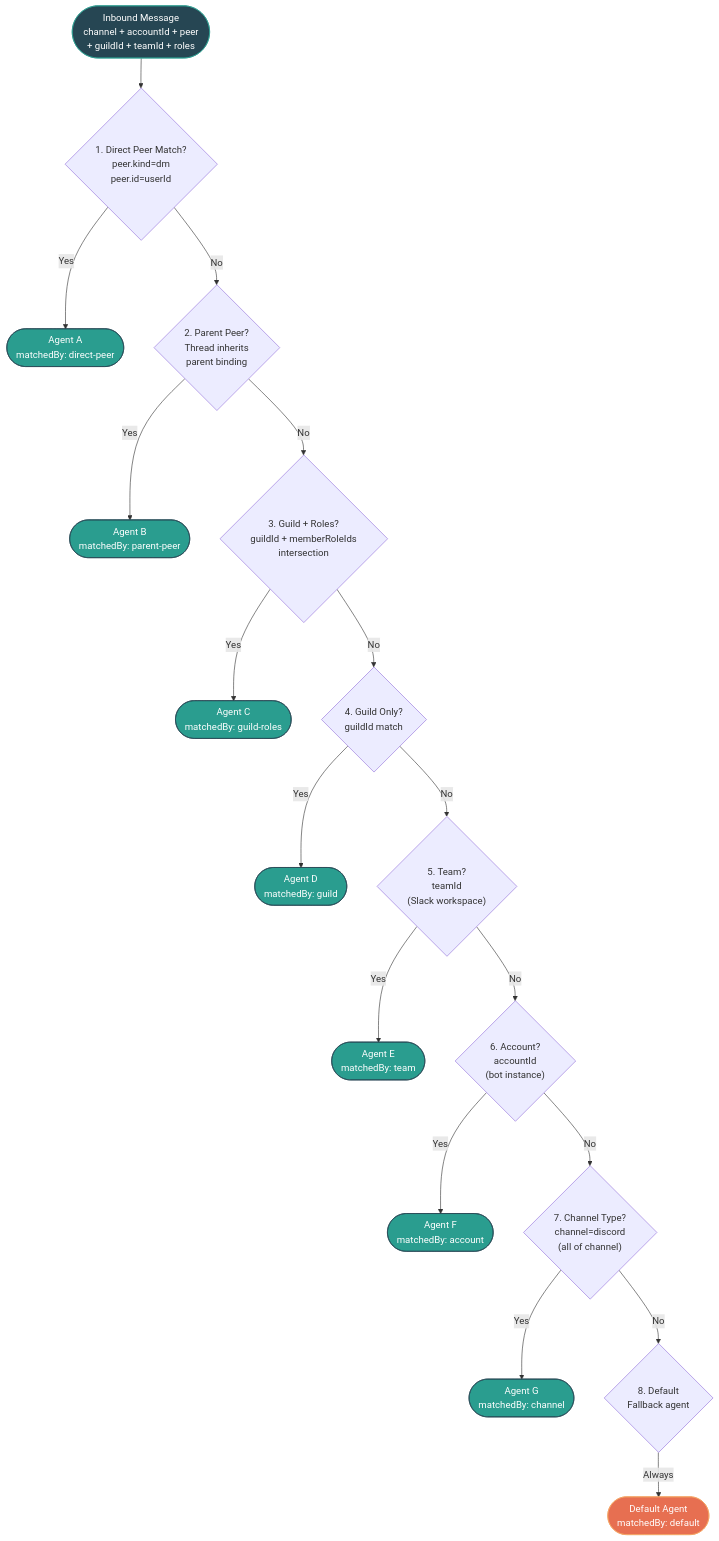
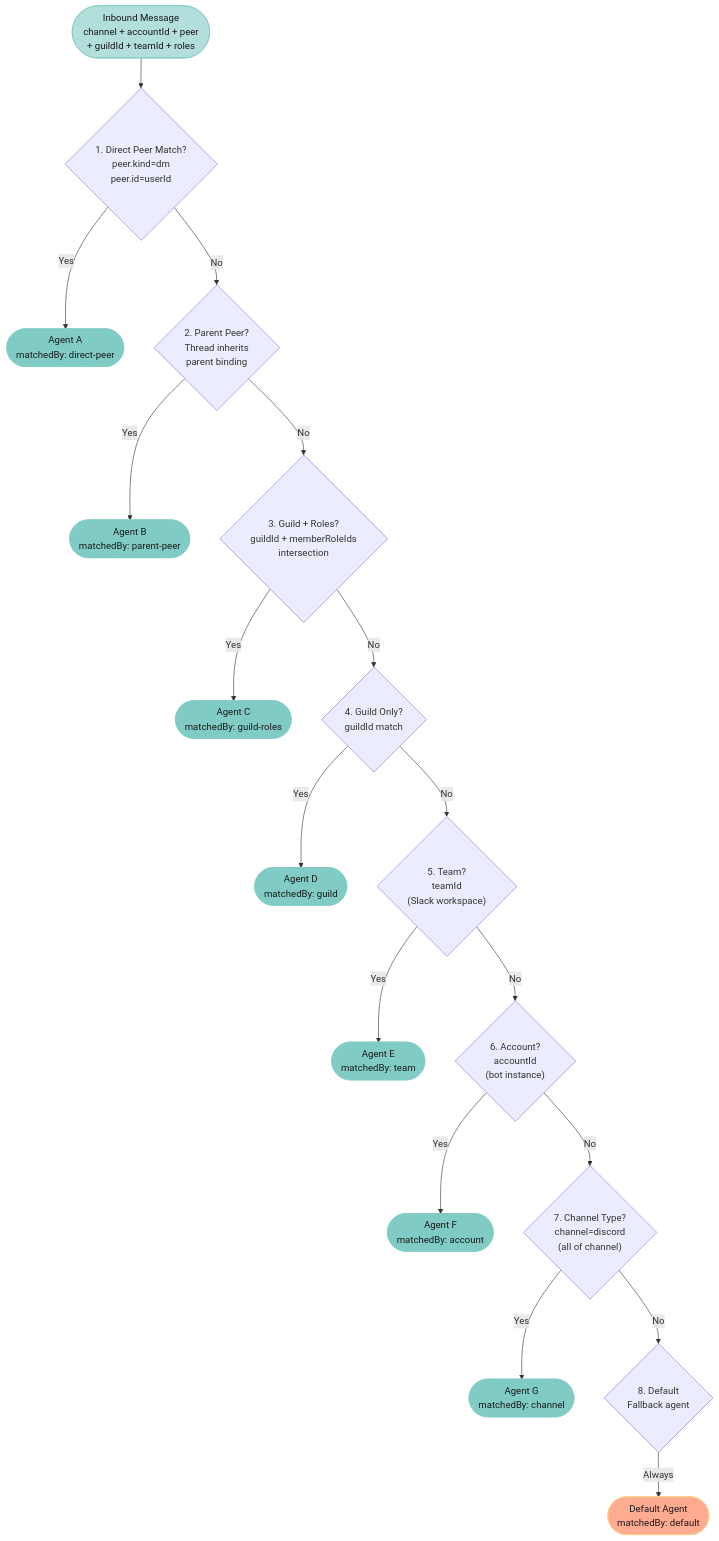
One commit to lordaouy/openclaw changed diagram 12 of 44 in docs/reference/technical-architecture-report.md. Above: the diagram before and after it, drawn with Mermaid. The commit also changed other lines of this file, not shown here.

First line of the commit message:
docs: replace dark Mermaid diagram colors with light readable palette

````diff
--- a/docs/reference/technical-architecture-report.md
+++ b/docs/reference/technical-architecture-report.md
@@ -769,37 +769,37 @@
 ```mermaid
 flowchart TD
     Input([Inbound Message\nchannel + accountId + peer\n+ guildId + teamId + roles]) --> B1
     
     B1{"1. Direct Peer Match?\npeer.kind=dm\npeer.id=userId"} -->|Yes| R1([Agent A\nmatchedBy: direct-peer])
     B1 -->|No| B2
     
     B2{"2. Parent Peer?\nThread inherits\nparent binding"} -->|Yes| R2([Agent B\nmatchedBy: parent-peer])
     B2 -->|No| B3
     
     B3{"3. Guild + Roles?\nguildId + memberRoleIds\nintersection"} -->|Yes| R3([Agent C\nmatchedBy: guild-roles])
     B3 -->|No| B4
     
     B4{"4. Guild Only?\nguildId match"} -->|Yes| R4([Agent D\nmatchedBy: guild])
     B4 -->|No| B5
     
     B5{"5. Team?\nteamId\n(Slack workspace)"} -->|Yes| R5([Agent E\nmatchedBy: team])
     B5 -->|No| B6
     
     B6{"6. Account?\naccountId\n(bot instance)"} -->|Yes| R6([Agent F\nmatchedBy: account])
     B6 -->|No| B7
     
     B7{"7. Channel Type?\nchannel=discord\n(all of channel)"} -->|Yes| R7([Agent G\nmatchedBy: channel])
     B7 -->|No| B8
     
     B8{"8. Default\nFallback agent"} -->|Always| R8([Default Agent\nmatchedBy: default])
 
-    style Input fill:#264653,stroke:#2a9d8f,color:white
-    style R1 fill:#2a9d8f,stroke:#264653,color:white
-    style R2 fill:#2a9d8f,stroke:#264653,color:white
-    style R3 fill:#2a9d8f,stroke:#264653,color:white
-    style R4 fill:#2a9d8f,stroke:#264653,color:white
-    style R5 fill:#2a9d8f,stroke:#264653,color:white
-    style R6 fill:#2a9d8f,stroke:#264653,color:white
-    style R7 fill:#2a9d8f,stroke:#264653,color:white
-    style R8 fill:#e76f51,stroke:#f4a261,color:white
+    style Input fill:#b2dfdb,stroke:#80cbc4,color:#1a1a1a
+    style R1 fill:#80cbc4,stroke:#80cbc4,color:#1a1a1a
+    style R2 fill:#80cbc4,stroke:#80cbc4,color:#1a1a1a
+    style R3 fill:#80cbc4,stroke:#80cbc4,color:#1a1a1a
+    style R4 fill:#80cbc4,stroke:#80cbc4,color:#1a1a1a
+    style R5 fill:#80cbc4,stroke:#80cbc4,color:#1a1a1a
+    style R6 fill:#80cbc4,stroke:#80cbc4,color:#1a1a1a
+    style R7 fill:#80cbc4,stroke:#80cbc4,color:#1a1a1a
+    style R8 fill:#ffab91,stroke:#ffcc80,color:#1a1a1a
 ```
````
